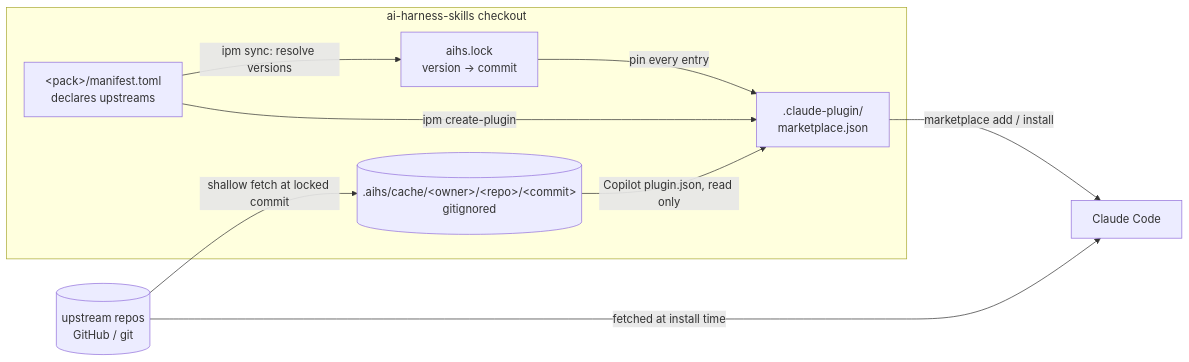
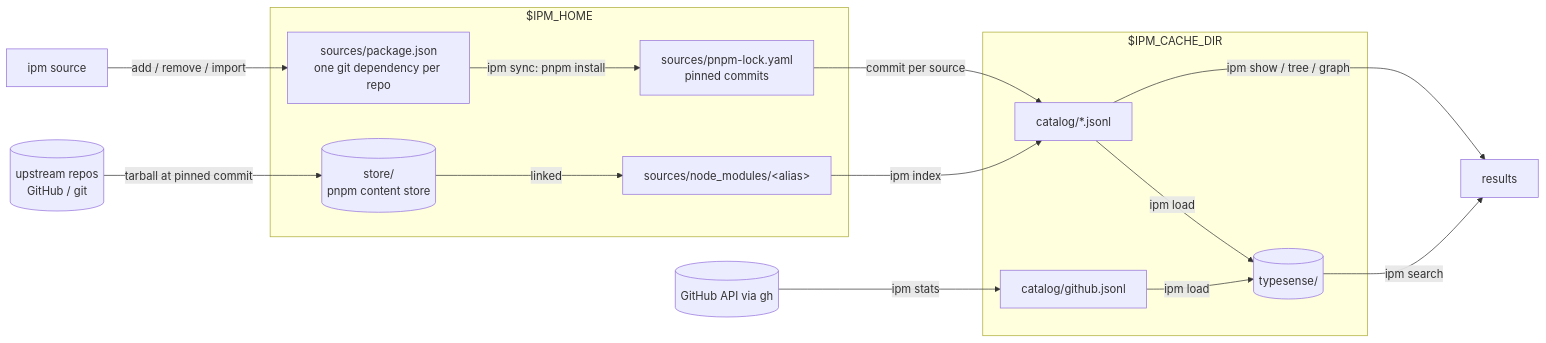
The diagram in docs/architecture.md (thinkjones/intelligent-package-manager), drawn with Mermaid before and after one commit. The commit also changed other lines of this file and 24 other files, not shown here.

First line of the commit message:
docs: ipm on pnpm — sources, home and cache; retire checkout data

````diff
--- a/docs/architecture.md
+++ b/docs/architecture.md
@@ -13,19 +13,28 @@
 ```mermaid
 flowchart LR
-  subgraph repo["ai-harness-skills checkout"]
-    M["&lt;pack&gt;/manifest.toml<br/>declares upstreams"]
-    L["aihs.lock<br/>version → commit"]
-    MP[".claude-plugin/<br/>marketplace.json"]
-    C[(".aihs/cache/&lt;owner&gt;/&lt;repo&gt;/&lt;commit&gt;<br/>gitignored")]
+  subgraph home["$IPM_HOME"]
+    PJ["sources/package.json<br/>one git dependency per repo"]
+    LK["sources/pnpm-lock.yaml<br/>pinned commits"]
+    NM["sources/node_modules/&lt;alias&gt;"]
+    ST[("store/<br/>pnpm content store")]
+  end
+  subgraph cache["$IPM_CACHE_DIR"]
+    CAT["catalog/*.jsonl"]
+    GH["catalog/github.jsonl"]
+    TS[("typesense/")]
   end
   U[("upstream repos<br/>GitHub / git")]
-  CC["Claude Code"]
+  API[("GitHub API via gh")]
 
-  M -->|ipm sync: resolve versions| L
-  U -->|shallow fetch at locked commit| C
-  C -->|Copilot plugin.json, read only| MP
-  M -->|ipm create-plugin| MP
-  L -->|pin every entry| MP
-  MP -->|marketplace add / install| CC
-  U -->|fetched at install time| CC
+  SRC["ipm source"] -->|add / remove / import| PJ
+  PJ -->|ipm sync: pnpm install| LK
+  U -->|tarball at pinned commit| ST
+  ST -->|linked| NM
+  NM -->|ipm index| CAT
+  LK -->|commit per source| CAT
+  API -->|ipm stats| GH
+  CAT -->|ipm load| TS
+  GH -->|ipm load| TS
+  TS -->|ipm search| R["results"]
+  CAT -->|ipm show / tree / graph| R
 ```
````
